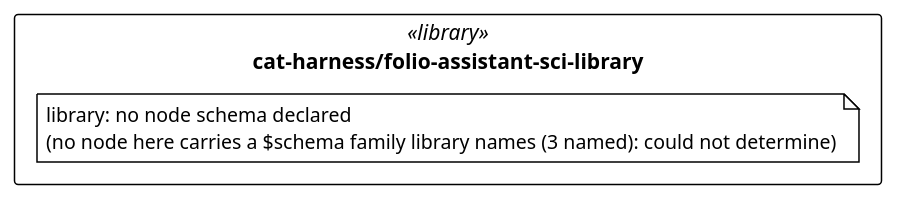
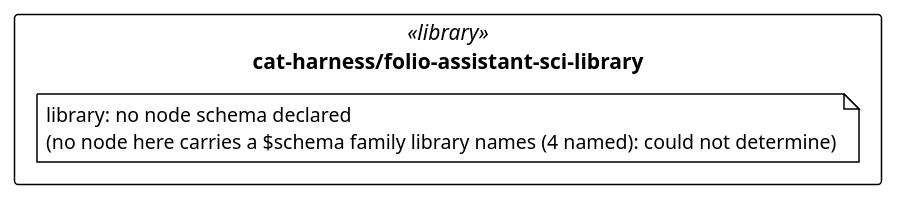
One commit to litlfred/folio-assistant changed the diagram in cat-harness/uml/overview/cat-harness/folio-assistant-sci-library.puml. Above: the diagram before and after it, drawn with PlantUML. The commit also changed 34 other files, not shown here.

First line of the commit message:
withheld schema: declare @graphNode, regenerate glossary, UML overview and the KG export result

```diff
--- a/cat-harness/uml/overview/cat-harness/folio-assistant-sci-library.puml
+++ b/cat-harness/uml/overview/cat-harness/folio-assistant-sci-library.puml
@@ -3,13 +3,13 @@
 @startuml cat_harness_folio_assistant_sci_library
 !pragma layout elk
 !theme plain
 skinparam classAttributeIconSize 0
 skinparam shadowing false
 skinparam packageStyle rectangle
 hide empty methods
 
 package "cat-harness/folio-assistant-sci-library" as pkg_cat_harness_folio_assistant_sci_library <<library>> {
-  note "library: no node schema declared\n(no node here carries a $schema family library names (3 named): could not determine)" as n_cat_harness_folio_assistant_sci_library_library
+  note "library: no node schema declared\n(no node here carries a $schema family library names (4 named): could not determine)" as n_cat_harness_folio_assistant_sci_library_library
 }
 
 @enduml
```
